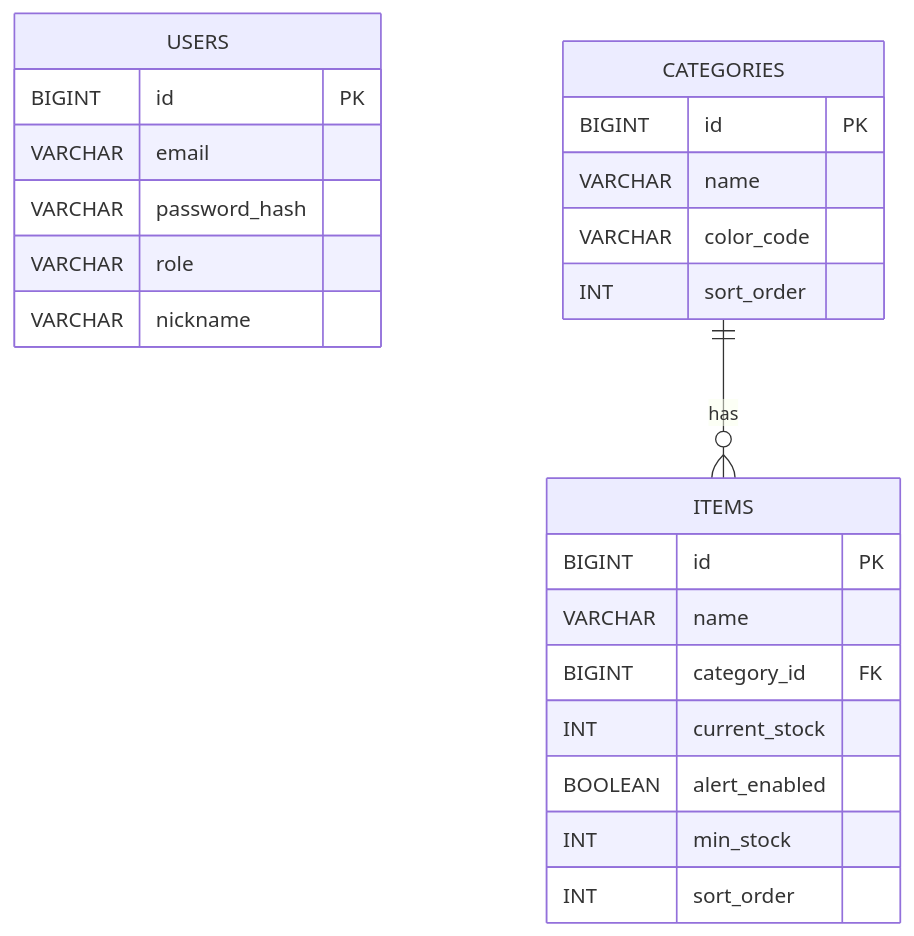
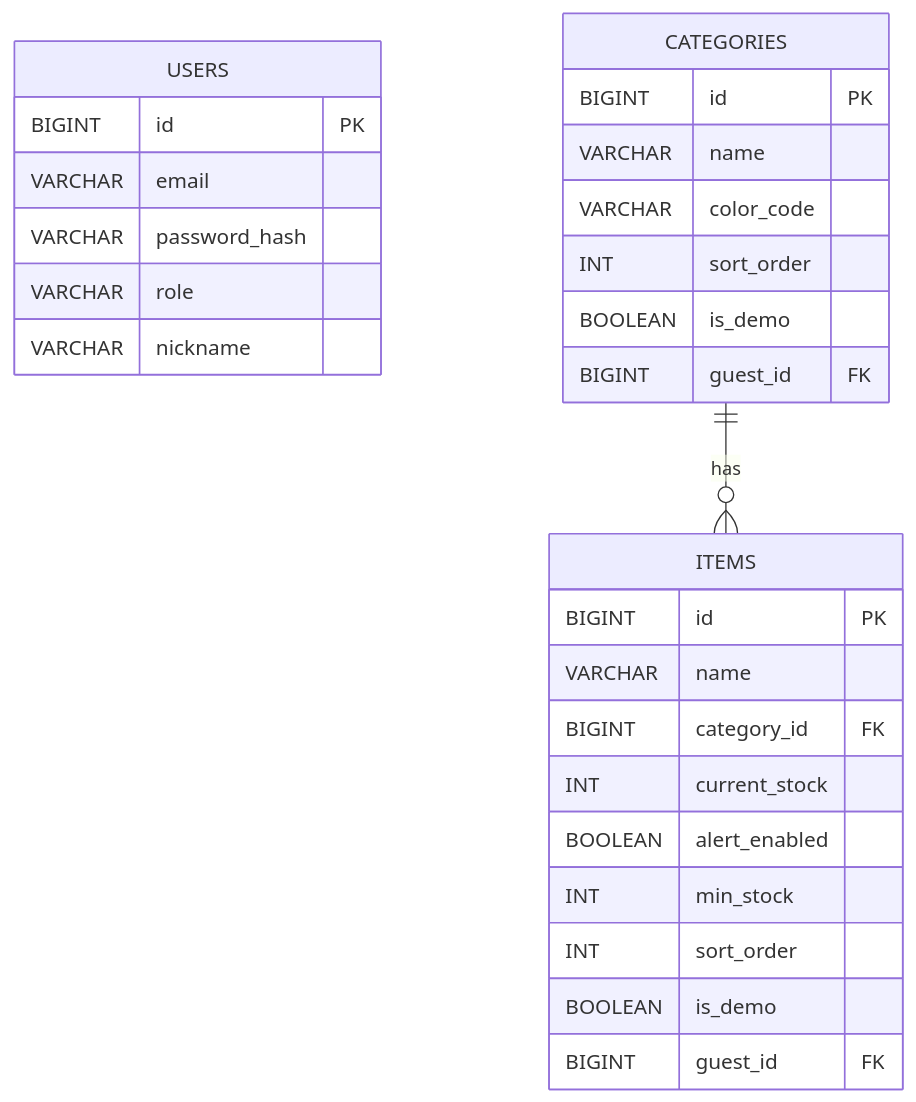
One commit to jykior/inventory-app changed the diagram in README.md. Above: the diagram before and after it, drawn with Mermaid. The commit also changed other lines of this file and 40 other files, not shown here.

````diff
--- a/README.md
+++ b/README.md
@@ -259,29 +258,33 @@
 ```mermaid
 erDiagram
     USERS {
         BIGINT id PK
         VARCHAR email
         VARCHAR password_hash
         VARCHAR role
         VARCHAR nickname
     }
 
     CATEGORIES {
         BIGINT id PK
         VARCHAR name
         VARCHAR color_code
         INT sort_order
+        BOOLEAN is_demo
+        BIGINT guest_id FK
     }
 
     ITEMS {
         BIGINT id PK
         VARCHAR name
         BIGINT category_id FK
         INT current_stock
         BOOLEAN alert_enabled
         INT min_stock
         INT sort_order
+        BOOLEAN is_demo
+        BIGINT guest_id FK
     }
 
     CATEGORIES ||--o{ ITEMS: "has"
 ```
````
